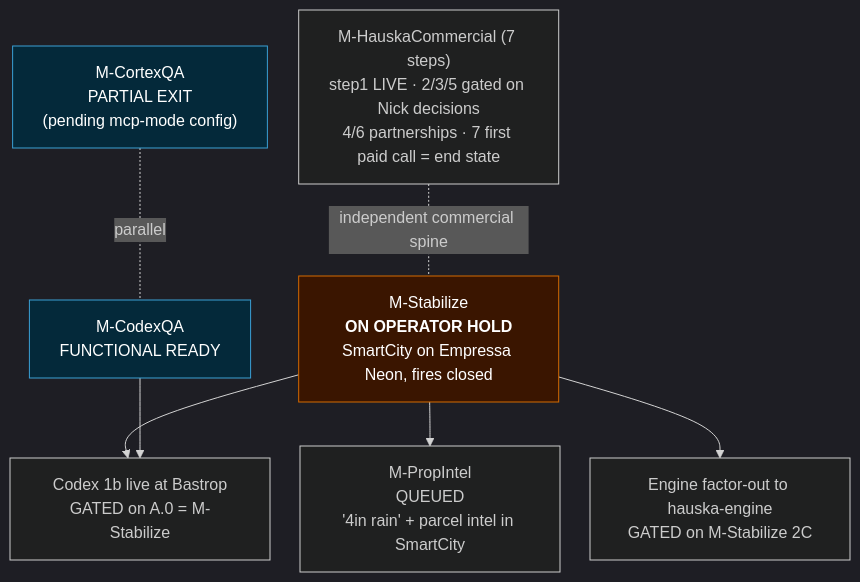
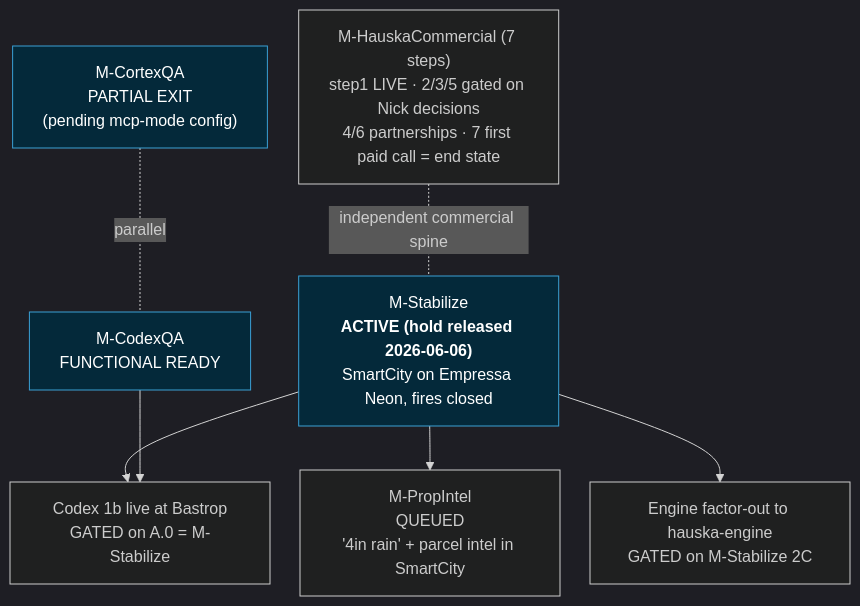
Before and after one commit to empressaioemail-tech/doc_repo: the diagram in 90_runbooks/diagrams/roadmap_milestone_ladder.mmd, drawn with Mermaid. The commit also changed 5 other files, not shown here.

First line of the commit message:
docs(30a): release M-Stabilize operator DB hold + record us-east-2 Neon target

```diff
--- a/90_runbooks/diagrams/roadmap_milestone_ladder.mmd
+++ b/90_runbooks/diagrams/roadmap_milestone_ladder.mmd
@@ -1,21 +1,21 @@
 %%{init: {'theme': 'dark', 'flowchart': {'nodeSpacing': 30, 'rankSpacing': 44}}}%%
 flowchart TB
-    MSTAB["M-Stabilize<br/><b>ON OPERATOR HOLD</b><br/>SmartCity on Empressa Neon, fires closed"]
+    MSTAB["M-Stabilize<br/><b>ACTIVE (hold released 2026-06-06)</b><br/>SmartCity on Empressa Neon, fires closed"]
     MPI["M-PropIntel<br/>QUEUED<br/>'4in rain' + parcel intel in SmartCity"]
     MCX["M-CortexQA<br/>PARTIAL EXIT<br/>(pending mcp-mode config)"]
     MCD["M-CodexQA<br/>FUNCTIONAL READY"]
     C1B["Codex 1b live at Bastrop<br/>GATED on A.0 = M-Stabilize"]
     FACTOR["Engine factor-out to hauska-engine<br/>GATED on M-Stabilize 2C"]
     MHC["M-HauskaCommercial (7 steps)<br/>step1 LIVE · 2/3/5 gated on Nick decisions<br/>4/6 partnerships · 7 first paid call = end state"]
 
     MSTAB --> MPI
     MSTAB --> C1B
     MSTAB --> FACTOR
     MCD --> C1B
     MCX -. parallel .- MCD
     MHC -. independent commercial spine .- MSTAB
 
     classDef hold fill:#3a1500,stroke:#d46a00,color:#fff;
     classDef ready fill:#04293a,stroke:#3aa0d4,color:#fff;
-    class MSTAB hold;
+    class MSTAB ready;
     class MCD,MCX ready;
```
